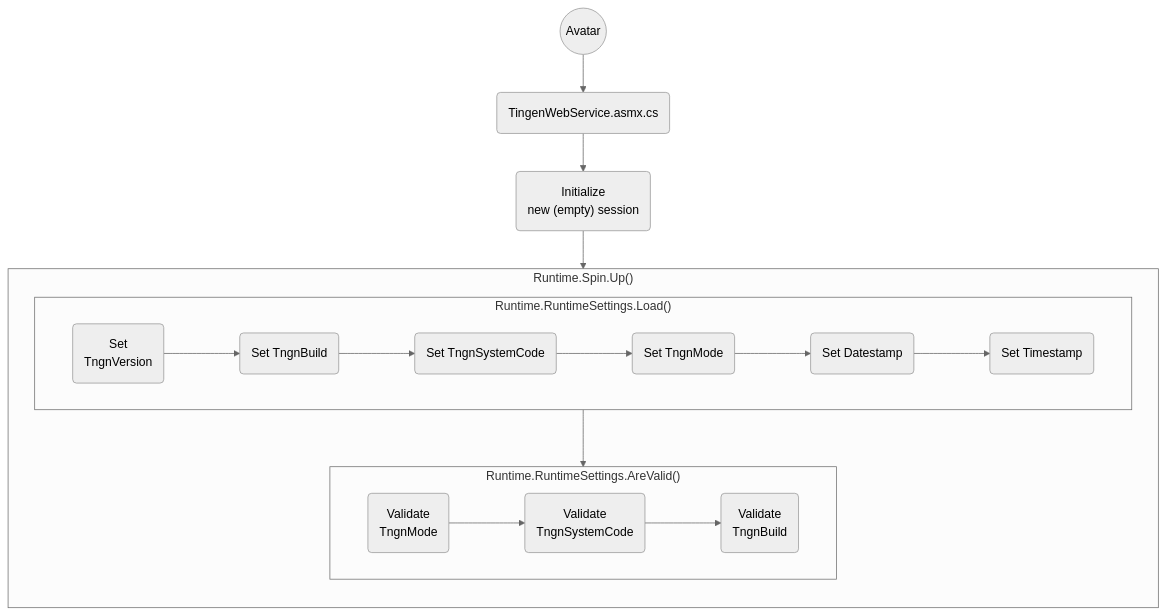
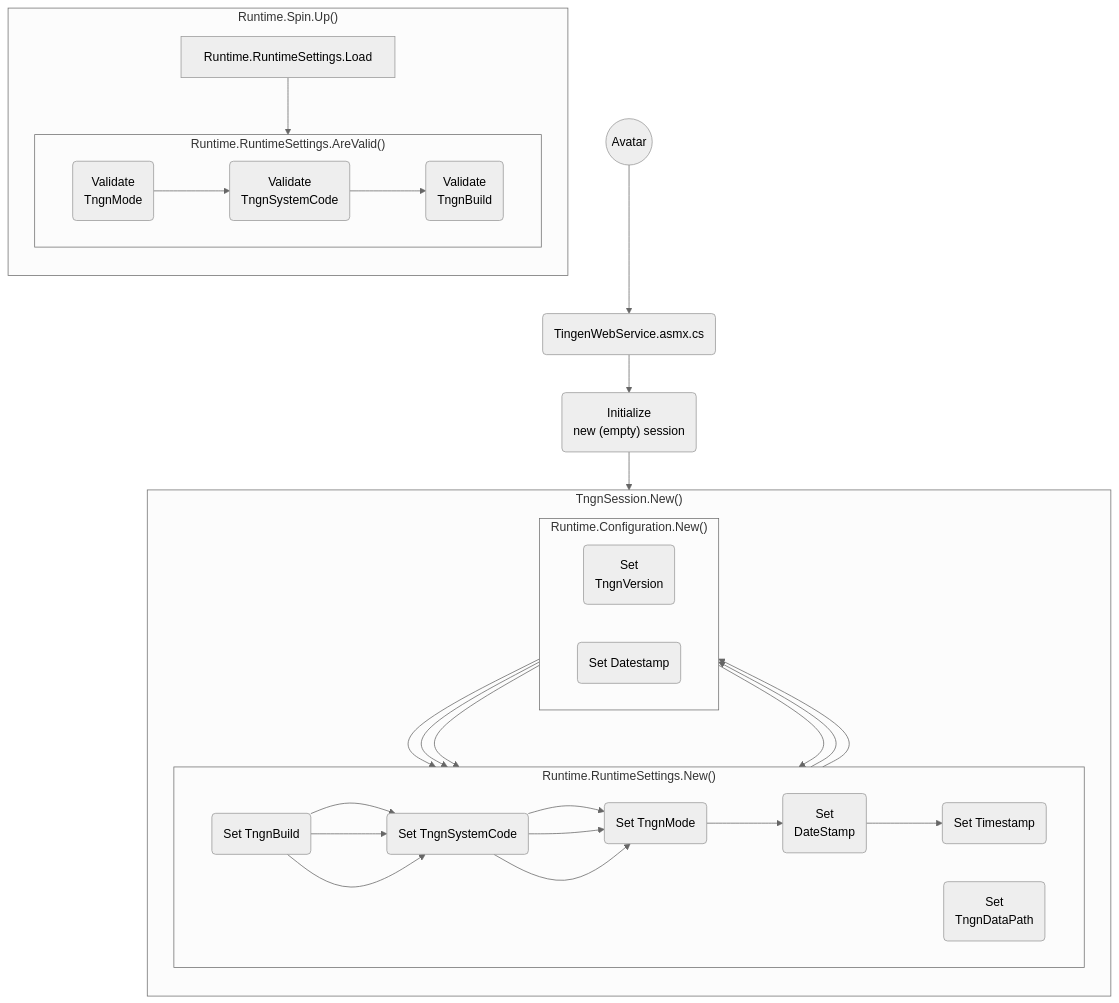
The diagram in .github/apcp/workflows.md (spectrum-health-systems/tingen-documentation), drawn with Mermaid (neutral theme) before and after one commit.

````diff
--- a/.github/apcp/workflows.md
+++ b/.github/apcp/workflows.md
@@ -3,43 +3,76 @@
 ```mermaid
 
 
 flowchart TB
-
+  %% Components
   Avatar@{shape: circ, label: "Avatar"}
   TingenWebService.asmx.cs@{shape: rounded, label: "TingenWebService.asmx.cs"}
   InitNewSession@{shape: rounded, label: "Initialize\nnew (empty) session"}
-  Avatar --> TingenWebService.asmx.cs --> InitNewSession
+
+  %% Subgraph - TngnSession.New
+  subgraph TngnSession.New ["TngnSession.New()"]
+    direction TB
+
+    %% Subgraph - Runtime.RuntimeSettings.New
+    subgraph Runtime.RuntimeSettings.New ["Runtime.RuntimeSettings.New()"]
+      direction LR
+
+      %% Components
+      SetBuild@{shape: rounded, label: "Set\nTngnBuild"}
+      SetSystemCode@{shape: rounded, label: "Set\nTngnSystemCode"}
+      SetTngnDataPath@{shape: rounded, label: "Set\nTngnDataPath"}
+      SetMode@{shape: rounded, label: "Set\nTngnMode"}
+      SetDateStamp@{shape: rounded, label: "Set\nDateStamp"}
+      SetTimeStamp@{shape: rounded, label: "Set\nTimeStamp"}
+
+      %% Layout
+      SetBuild --> SetSystemCode --> SetMode --> SetDateStamp --> SetTimeStamp
+    
+    end
+    %% Subgraph - Runtime.RuntimeSettings.New
+
+    subgraph TngnConfiguration.New ["Runtime.Configuration.New()"]
+      direction LR
+      %%SetVersion@{shape: rounded, label: "Set\nTngnVersion"}
+      %%SetBuild@{shape: rounded, label: "Set\nTngnBuild"}
+      %%SetSystemCode@{shape: rounded, label: "Set\nngnSystemCode"}
+      %%SetMode@{shape: rounded, label: "Set\nTngnMode"}
+      SetVersion --> SetBuild@{shape: rounded, label: "Set TngnBuild"} --> SetSystemCode@{shape: rounded, label: "Set TngnSystemCode"} --> SetMode@{shape: rounded, label: "Set TngnMode"} --> SetDatestamp@{shape: rounded, label: "Set Datestamp"} --> SetTimeStamp@{shape: rounded, label: "Set Timestamp"}
+    end
+
+    SetVersion@{shape: rounded, label: "Set\nTngnVersion"}
+    SetBuild@{shape: rounded, label: "Set\nTngnBuild"}
+    SetSystemCode@{shape: rounded, label: "Set\nngnSystemCode"}
+    SetMode@{shape: rounded, label: "Set\nTngnMode"}
+    SetDatestamp@{shape: rounded, label: "Set\nDatestamp"}
+    SetTimeStamp@{shape: rounded, label: "Set\nTimestamp"}
+
+    SetVersion --> SetBuild@{shape: rounded, label: "Set TngnBuild"} --> SetSystemCode@{shape: rounded, label: "Set TngnSystemCode"} --> SetMode@{shape: rounded, label: "Set TngnMode"} --> SetDatestamp@{shape: rounded, label: "Set Datestamp"} --> SetTimeStamp@{shape: rounded, label: "Set Timestamp"}
+
+  end 
+  %% Subgraph - TngnSession.New
 
   subgraph Runtime.Spin.Up ["Runtime.Spin.Up()"]
     direction TB
 
-    subgraph Runtime.RuntimeSettings.Load ["Runtime.RuntimeSettings.Load()"]
-      direction LR
-      SetVersion@{shape: rounded, label: "Set\nTngnVersion"}
-      SetBuild@{shape: rounded, label: "Set\nTngnBuild"}
-      SetSystemCode@{shape: rounded, label: "Set\nngnSystemCode"}
-      SetMode@{shape: rounded, label: "Set\nTngnMode"}
-      SetDatestamp@{shape: rounded, label: "Set\nDatestamp"}
-      SetTimeStamp@{shape: rounded, label: "Set\nTimestamp"}
 
-      SetVersion --> SetBuild@{shape: rounded, label: "Set TngnBuild"} --> SetSystemCode@{shape: rounded, label: "Set TngnSystemCode"} --> SetMode@{shape: rounded, label: "Set TngnMode"} --> SetDatestamp@{shape: rounded, label: "Set Datestamp"} --> SetTimeStamp@{shape: rounded, label: "Set Timestamp"}
-    end 
   
     subgraph Runtime.RuntimeSettings.AreValid ["Runtime.RuntimeSettings.AreValid()"]
       direction LR
       ValidateMode@{shape: rounded, label: "Validate\nTngnMode"}
       ValidateSystemCode@{shape: rounded, label: "Validate\nTngnSystemCode"}
       ValidateBuild@{shape: rounded, label: "Validate\nTngnBuild"}
 
       ValidateMode@{shape: rounded, label: "Validate\nTngnMode"} --> ValidateSystemCode@{shape: rounded, label: "Validate\nTngnSystemCode"} --> ValidateBuild@{shape: rounded, label: "Validate\nTngnBuild"}
     end 
   
     Runtime.RuntimeSettings.Load --> Runtime.RuntimeSettings.AreValid
 
   end 
 
-  InitNewSession --> Runtime.Spin.Up
+  Avatar --> TingenWebService.asmx.cs --> InitNewSession
+  InitNewSession --> TngnSession.New
 
 
 
 ```
````
